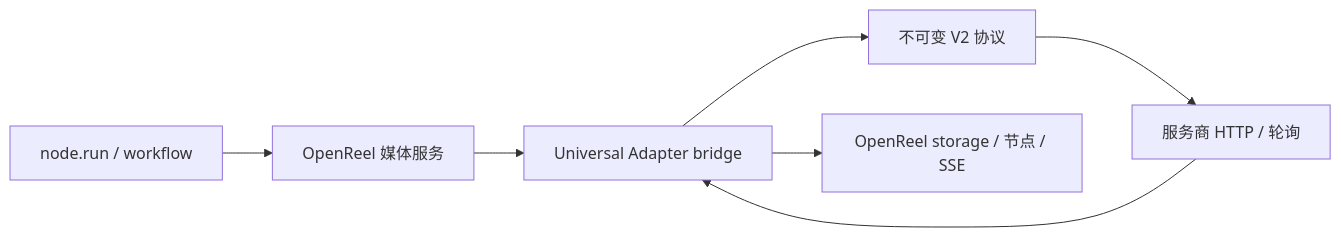
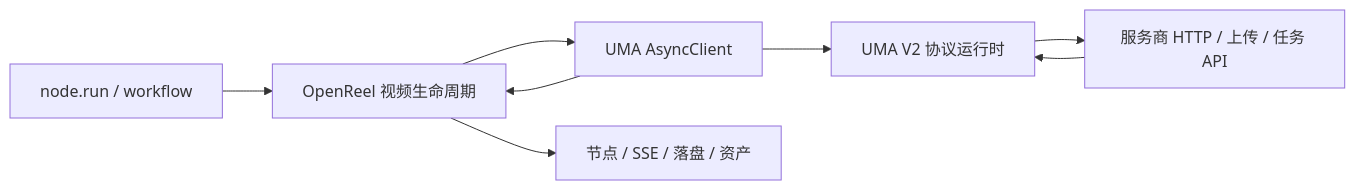
Before and after one commit to yutianxiao6/openreel-studio: the second of 2 diagrams in docs/zh-CN/model-providers.md, drawn with Mermaid. The commit also changed other lines of this file and 10 other files, not shown here.

````diff
--- a/docs/zh-CN/model-providers.md
+++ b/docs/zh-CN/model-providers.md
@@ -140,9 +98,10 @@
 ```mermaid
 flowchart LR
-  A[node.run / workflow] --> B[OpenReel 媒体服务]
-  B --> C[Universal Adapter bridge]
-  C --> D[不可变 V2 协议]
-  D --> E[服务商 HTTP / 轮询]
-  E --> C
-  C --> F[OpenReel storage / 节点 / SSE]
+  A[node.run / workflow] --> B[OpenReel 视频生命周期]
+  B --> C[UMA AsyncClient]
+  C --> D[UMA V2 协议运行时]
+  D --> E[服务商 HTTP / 上传 / 任务 API]
+  E --> D
+  C --> B
+  B --> F[节点 / SSE / 落盘 / 资产]
 ```
````
